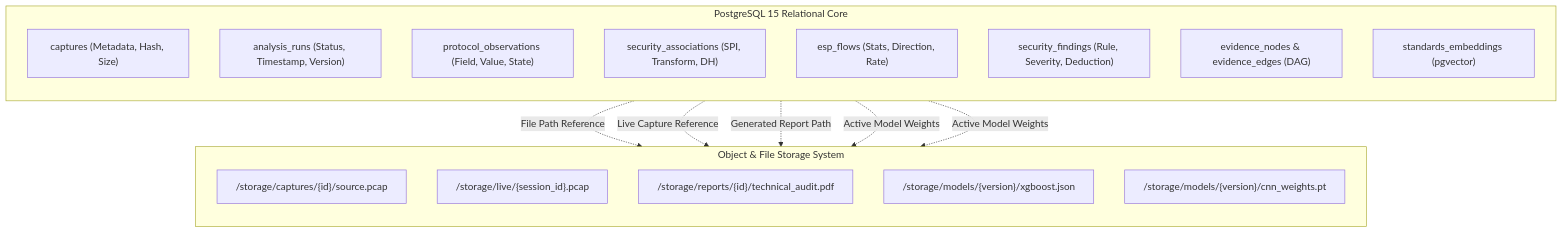
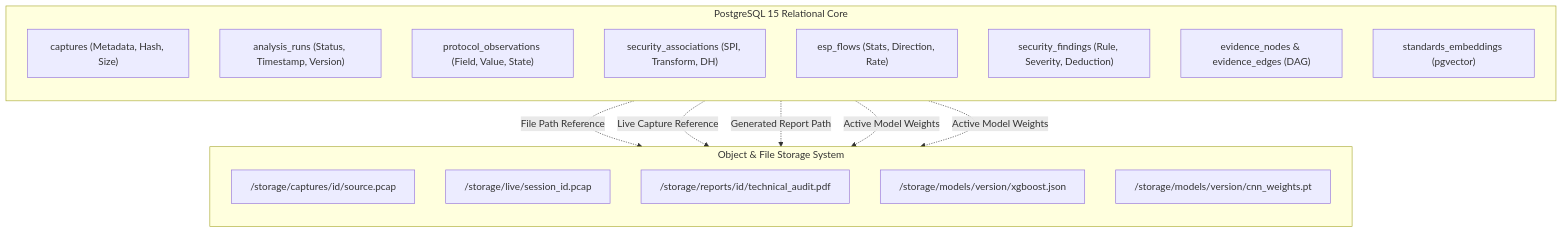
Before and after one commit to sharancode3/TunnelTrace-AI: the fourth of 11 diagrams in docs/architecture/DATABASE_DESIGN.md, drawn with Mermaid. The commit also changed other lines of this file and 14 other files, not shown here.

Commit message:
fix(docs): standardize all Mermaid diagram syntax for GitHub rendering

````diff
--- a/docs/architecture/DATABASE_DESIGN.md
+++ b/docs/architecture/DATABASE_DESIGN.md
@@ -252,28 +261,30 @@
 ```mermaid
+
 graph TD
-    subgraph "PostgreSQL 15 Relational Core"
+    subgraph PostgreSQL_15_Relational_Core ["PostgreSQL 15 Relational Core"]
         direction TB
         T1["captures (Metadata, Hash, Size)"]
         T2["analysis_runs (Status, Timestamp, Version)"]
         T3["protocol_observations (Field, Value, State)"]
         T4["security_associations (SPI, Transform, DH)"]
         T5["esp_flows (Stats, Direction, Rate)"]
         T6["security_findings (Rule, Severity, Deduction)"]
         T7["evidence_nodes & evidence_edges (DAG)"]
         T8["standards_embeddings (pgvector)"]
     end
 
-    subgraph "Object & File Storage System"
+    subgraph Object___File_Storage_System ["Object & File Storage System"]
         direction TB
-        B1["/storage/captures/{id}/source.pcap"]
-        B2["/storage/live/{session_id}.pcap"]
-        B3["/storage/reports/{id}/technical_audit.pdf"]
-        B4["/storage/models/{version}/xgboost.json"]
-        B5["/storage/models/{version}/cnn_weights.pt"]
+        B1["/storage/captures/id/source.pcap"]
+        B2["/storage/live/session_id.pcap"]
+        B3["/storage/reports/id/technical_audit.pdf"]
+        B4["/storage/models/version/xgboost.json"]
+        B5["/storage/models/version/cnn_weights.pt"]
     end
 
-    T1 -.->|File Path Reference| B1
-    T1 -.->|Live Capture Reference| B2
-    T2 -.->|Generated Report Path| B3
-    T2 -.->|Active Model Weights| B4 & B5
+    T1 -.->|"File Path Reference"| B1
+    T1 -.->|"Live Capture Reference"| B2
+    T2 -.->|"Generated Report Path"| B3
+    T2 -.->|"Active Model Weights"| B4 & B5
+
 ```
````
